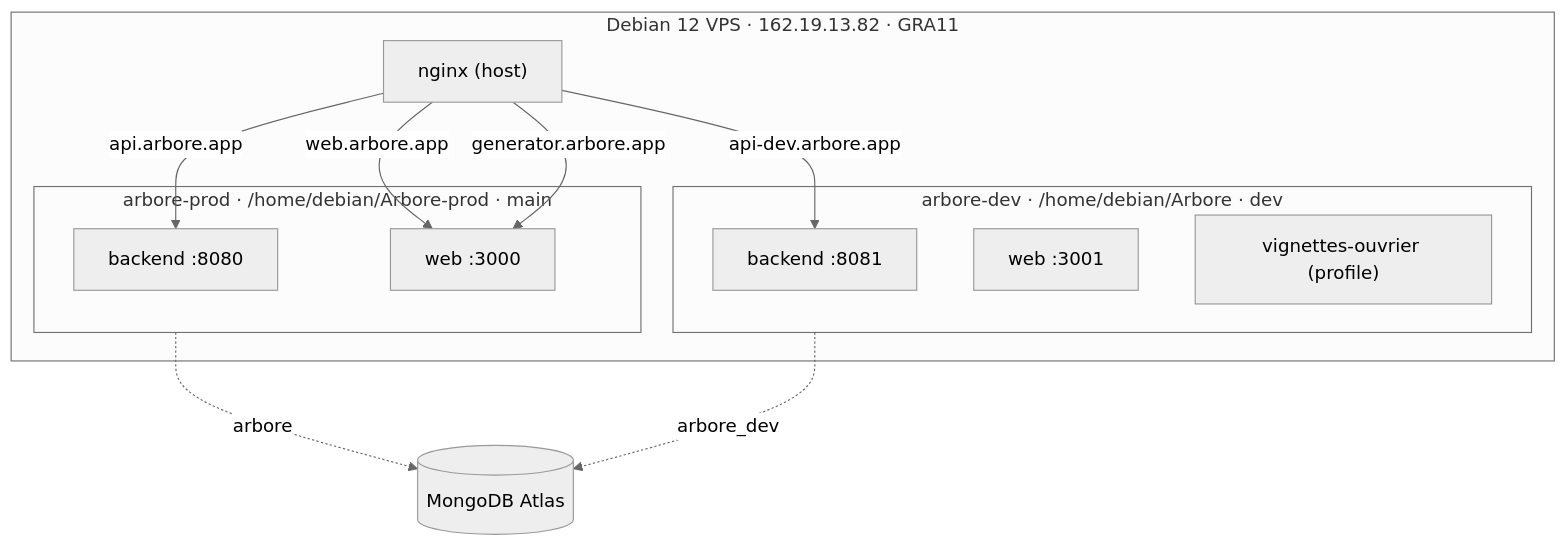
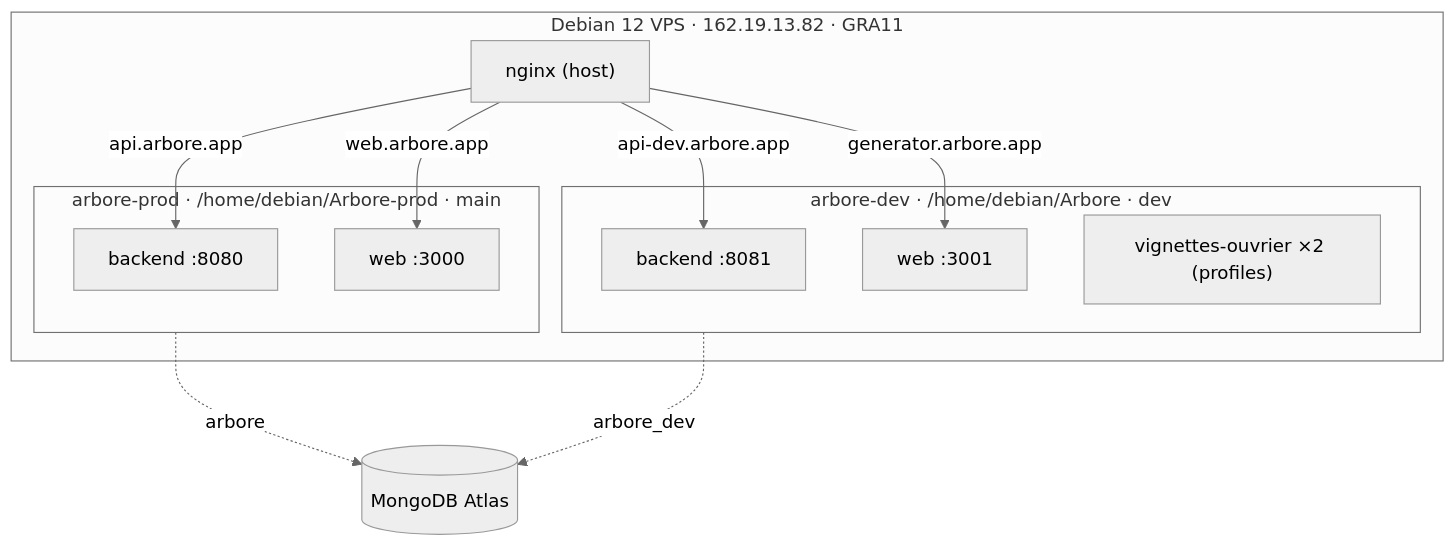
One commit to ArboreTeam/Arbore changed the fourth of 5 diagrams in docs/en/architecture/05-infrastructure.md. Above: the diagram before and after it, drawn with Mermaid (neutral theme). The commit also changed other lines of this file and 5 other files, not shown here.

````diff
--- a/docs/en/architecture/05-infrastructure.md
+++ b/docs/en/architecture/05-infrastructure.md
@@ -158,21 +158,21 @@
 ```mermaid
 flowchart TB
     subgraph vps["Debian 12 VPS · 162.19.13.82 · GRA11"]
         subgraph prod["arbore-prod · /home/debian/Arbore-prod · main"]
             p1["backend :8080"]
             p2["web :3000"]
         end
         subgraph devenv["arbore-dev · /home/debian/Arbore · dev"]
             d1["backend :8081"]
             d2["web :3001"]
-            d3["vignettes-ouvrier (profile)"]
+            d3["vignettes-ouvrier ×2 (profiles)"]
         end
         nginx["nginx (host)"]
     end
     nginx -->|api.arbore.app| p1
     nginx -->|web.arbore.app| p2
-    nginx -->|generator.arbore.app| p2
+    nginx -->|generator.arbore.app| d2
     nginx -->|api-dev.arbore.app| d1
     prod -.->|arbore| mongo[("MongoDB Atlas")]
     devenv -.->|arbore_dev| mongo
 ```
````
